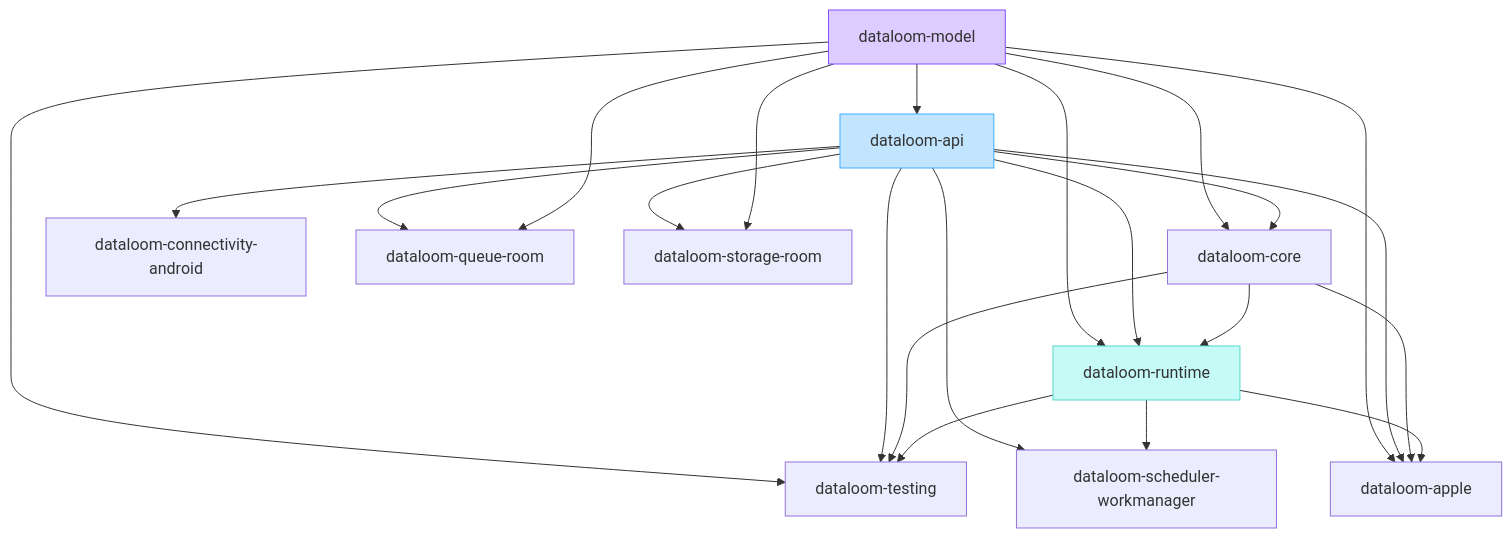
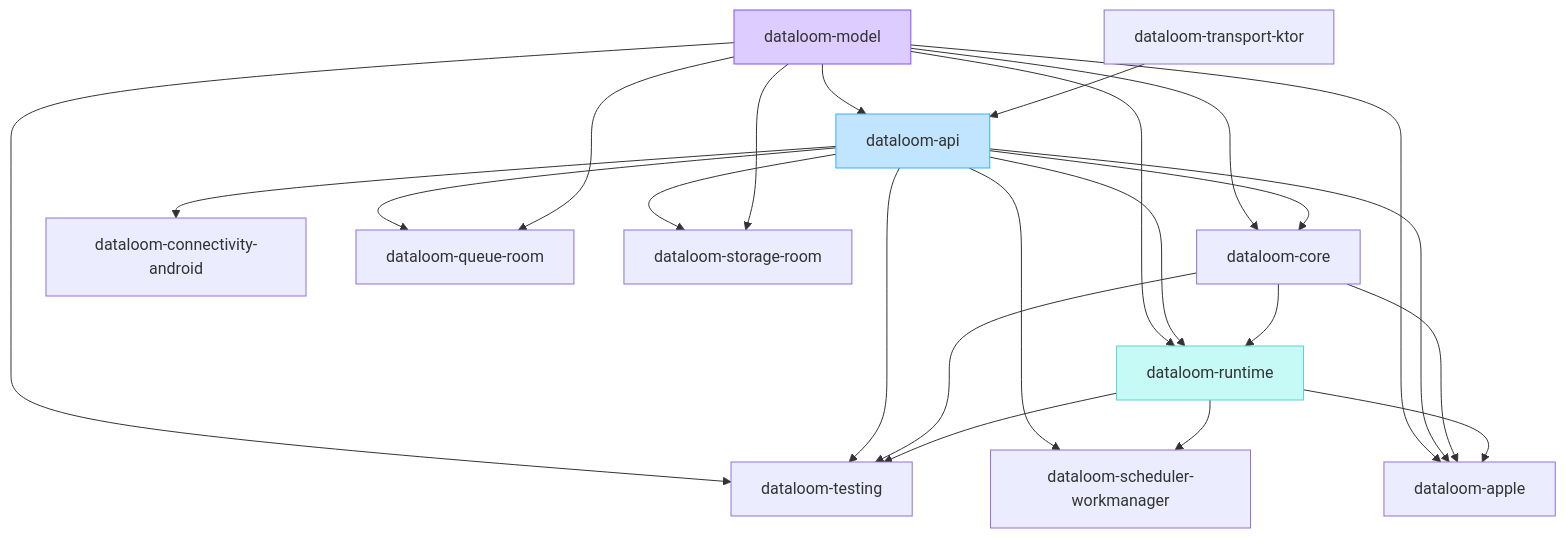
One commit to dataloom-sdk/dataloom changed the second of 2 diagrams in README.md. Above: the diagram before and after it, drawn with Mermaid. The commit also changed other lines of this file and 14 other files, not shown here.

First line of the commit message:
Add optional Ktor-backed reference TransportProvider module (#213)

````diff
--- a/README.md
+++ b/README.md
@@ -202,39 +202,41 @@
 ```mermaid
 flowchart TD
     model[dataloom-model]
     api[dataloom-api]
     core[dataloom-core]
     runtime[dataloom-runtime]
     testing[dataloom-testing]
+    ktor[dataloom-transport-ktor]
     connectivity[dataloom-connectivity-android]
     room[dataloom-queue-room]
     storageRoom[dataloom-storage-room]
     work[dataloom-scheduler-workmanager]
     apple[dataloom-apple]
 
     model --> api
     model --> core
     api --> core
     model --> runtime
     api --> runtime
     core --> runtime
     model --> testing
     api --> testing
     core --> testing
     runtime --> testing
+    ktor --> api
     api --> connectivity
     api --> room
     api --> storageRoom
     model --> storageRoom
     model --> room
     api --> work
     runtime --> work
     model --> apple
     api --> apple
     core --> apple
     runtime --> apple
 
     style model fill:#DCCCFF,stroke:#874FFF
     style api fill:#C2E5FF,stroke:#3DADFF
     style runtime fill:#C6FAF6,stroke:#5AD8CC
 ```
````
